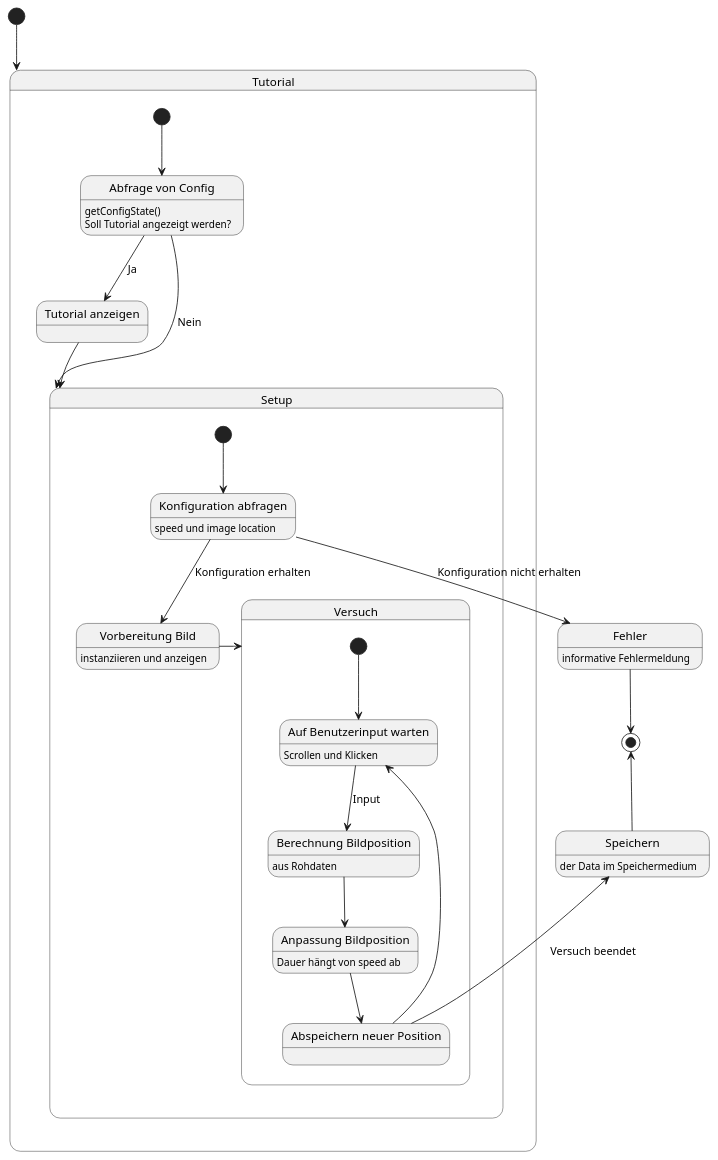
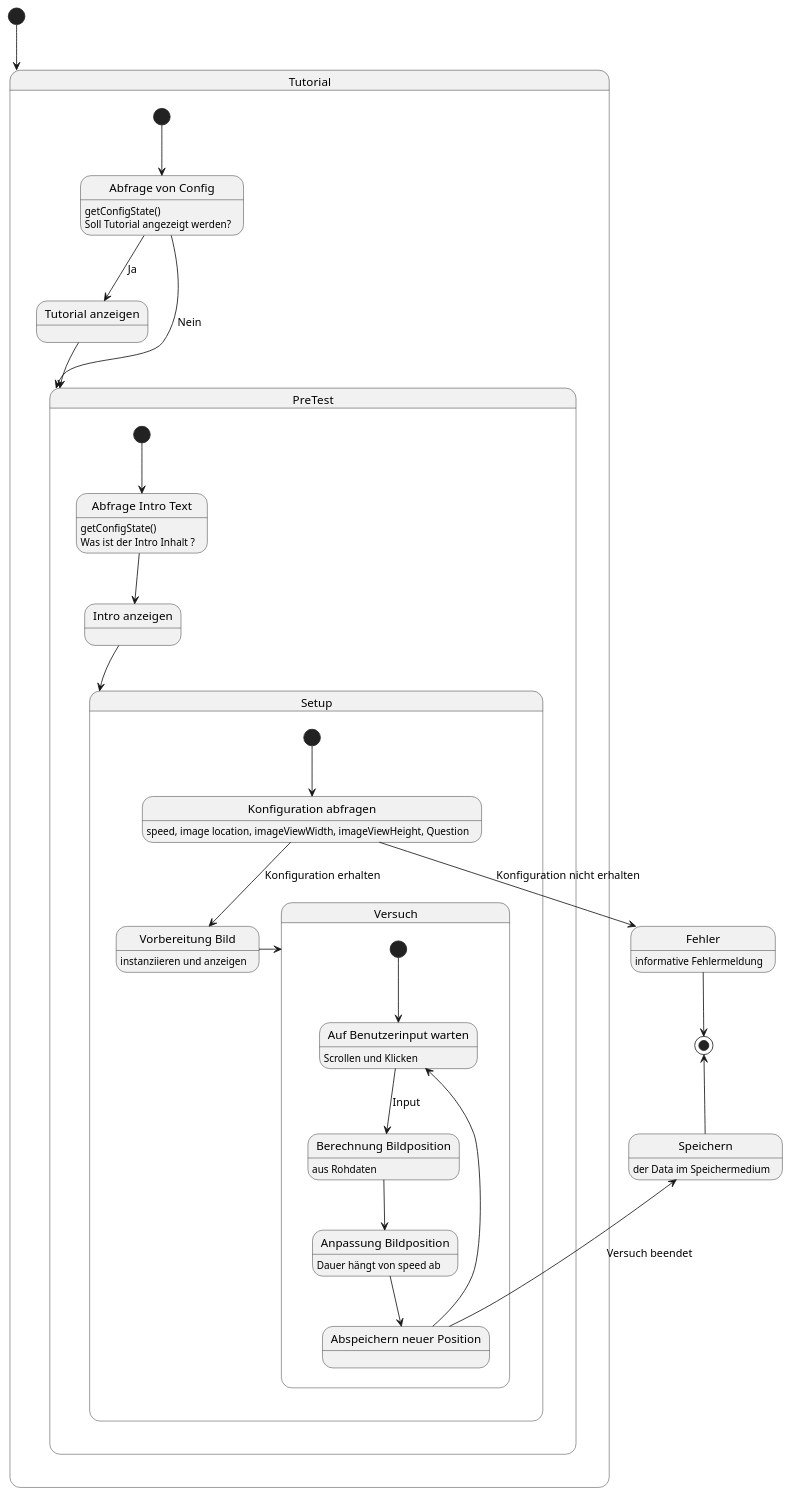
Before and after one commit to weichware-10/dokumente: the diagram in uml-state/zoommaps/zustand-zoommaps.puml, drawn with PlantUML.

Commit message:
[update] PreTest hinzugefügt + Setup überarbeitet

```diff
--- a/uml-state/zoommaps/zustand-zoommaps.puml
+++ b/uml-state/zoommaps/zustand-zoommaps.puml
@@ -1,40 +1,48 @@
 @startuml zoommaps
 state "Fehler" as err : informative Fehlermeldung
 state Speichern : der Data im Speichermedium
 
 state "Tutorial" as t {
     state "Abfrage von Config" as ac : getConfigState()\nSoll Tutorial angezeigt werden?
     state "Tutorial anzeigen" as ta
     [*] --> ac
     ac --> ta : Ja
-    ac --> s : Nein
-    ta --> s
+    ac --> p : Nein
+    ta --> p
+}
+
+state "PreTest" as p {
+    state "Abfrage Intro Text" as it : getConfigState()\nWas ist der Intro Inhalt ?
+    state "Intro anzeigen" as ia
+    [*] --> it
+    it --> ia
+    ia --> s
 }
 
 state "Setup" as s {
-    state "Konfiguration abfragen" as ka : speed und image location
+    state "Konfiguration abfragen" as ka : speed, image location, imageViewWidth, imageViewHeight, Question
     state "Vorbereitung Bild" as vb : instanziieren und anzeigen
     [*] --> ka
     ka --> vb : Konfiguration erhalten
     ka -d-> err : Konfiguration nicht erhalten
     vb -l-> v
 }
 
 state "Versuch" as v {
     state "Auf Benutzerinput warten" as bi : Scrollen und Klicken
     state "Berechnung Bildposition" as bb : aus Rohdaten
     state "Anpassung Bildposition" as ab : Dauer hängt von speed ab
     state "Abspeichern neuer Position" as ap
     [*] --> bi
     bi --> bb : Input
     bb --> ab
     ab --> ap
     ap --> bi
     ap -u-> Speichern : Versuch beendet
 }
 
 [*] --> t
 Speichern -u-> [*]
 err -d-> [*]
 
 @enduml
```
